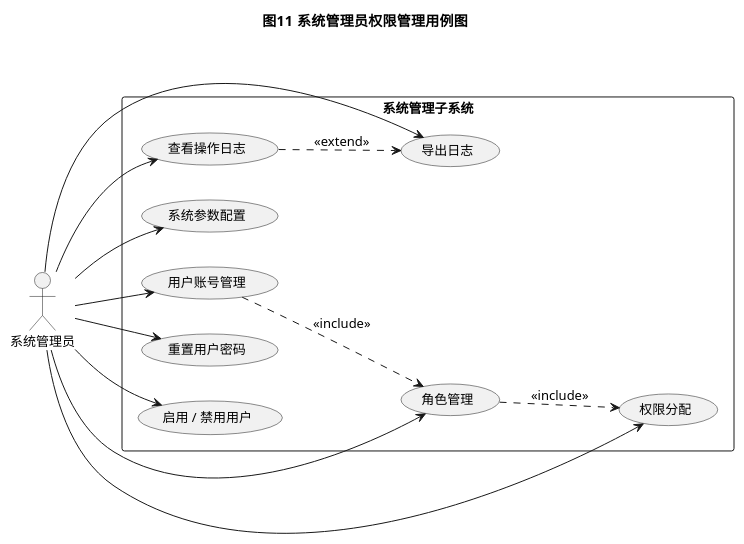
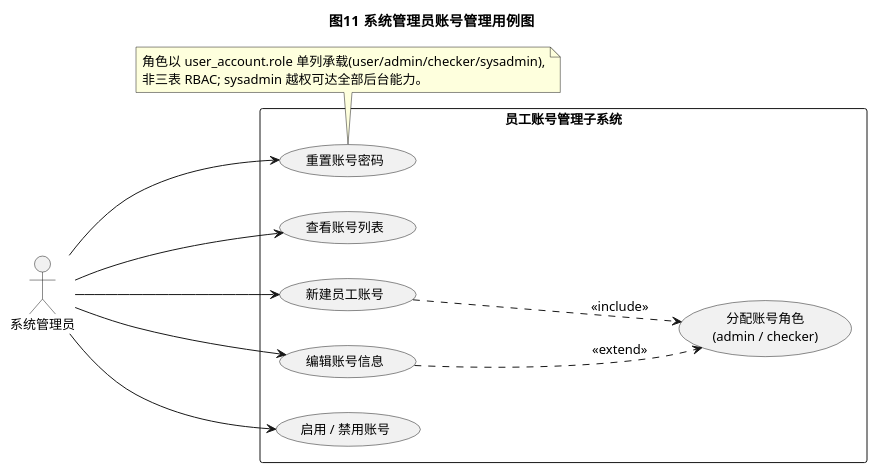
Before and after one commit to L0ne1y4Ever/ENCORE: the diagram in uml-source/figure-08.puml, drawn with PlantUML. The commit also changed 89 other files, not shown here.

```diff
--- a/uml-source/figure-08.puml
+++ b/uml-source/figure-08.puml
@@ -1,34 +1,33 @@
 @startuml
 !pragma teoz true
 left to right direction
 skinparam shadowing false
 skinparam DefaultFontName "Microsoft YaHei"
 skinparam DefaultFontSize 13
-title 图11  系统管理员权限管理用例图
+title 图11  系统管理员账号管理用例图
 
 actor 系统管理员 as SysAdmin
 
-rectangle "系统管理子系统" {
-  usecase "用户账号管理" as UC1
-  usecase "角色管理" as UC2
-  usecase "权限分配" as UC3
-  usecase "重置用户密码" as UC4
-  usecase "启用 / 禁用用户" as UC5
-  usecase "查看操作日志" as UC6
-  usecase "导出日志" as UC7
-  usecase "系统参数配置" as UC8
+rectangle "员工账号管理子系统" {
+  usecase "查看账号列表" as UC1
+  usecase "新建员工账号" as UC2
+  usecase "分配账号角色\n(admin / checker)" as UC3
+  usecase "编辑账号信息" as UC4
+  usecase "启用 / 禁用账号" as UC5
+  usecase "重置账号密码" as UC6
 }
 
 SysAdmin --> UC1
 SysAdmin --> UC2
-SysAdmin --> UC3
 SysAdmin --> UC4
 SysAdmin --> UC5
 SysAdmin --> UC6
-SysAdmin --> UC7
-SysAdmin --> UC8
 
-UC1 ..> UC2 : <<include>>
 UC2 ..> UC3 : <<include>>
-UC6 ..> UC7 : <<extend>>
+UC4 ..> UC3 : <<extend>>
+
+note bottom
+  角色以 user_account.role 单列承载(user/admin/checker/sysadmin),
+  非三表 RBAC; sysadmin 越权可达全部后台能力。
+end note
 @enduml
```
